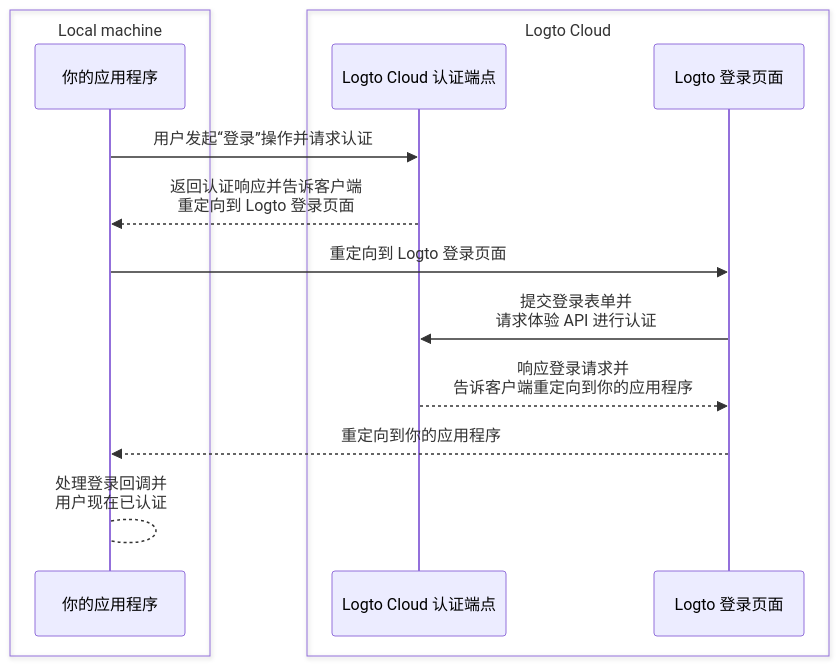
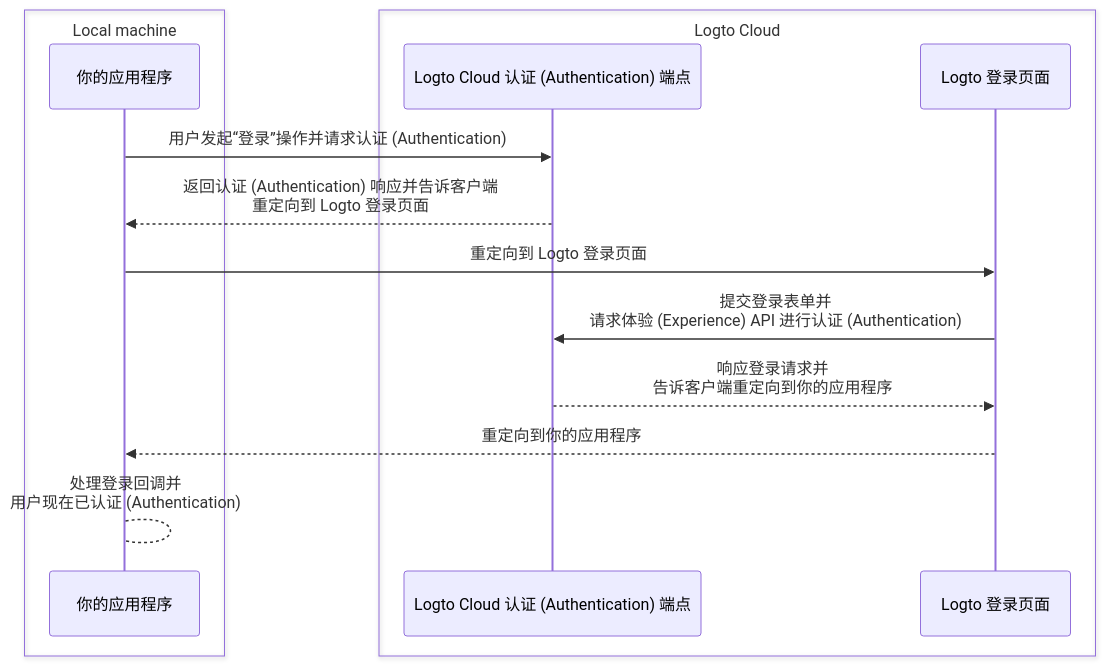
One commit to logto-io/docs changed the first of 2 diagrams in i18n/zh-CN/docusaurus-plugin-content-docs/current/customization/bring-your-ui/debug-and-test-your-custom-ui-locally.mdx. Above: the diagram before and after it, drawn with Mermaid. The commit also changed other lines of this file and 428 other files, not shown here.

````diff
--- a/i18n/zh-CN/docusaurus-plugin-content-docs/current/customization/bring-your-ui/debug-and-test-your-custom-ui-locally.mdx
+++ b/i18n/zh-CN/docusaurus-plugin-content-docs/current/customization/bring-your-ui/debug-and-test-your-custom-ui-locally.mdx
@@ -18,17 +18,17 @@
 ```mermaid
 sequenceDiagram
     box Local machine
     participant A as 你的应用程序
     end
     box Logto Cloud
-    participant B as Logto Cloud 认证端点
+    participant B as Logto Cloud 认证 (Authentication) 端点
     participant C as Logto 登录页面
     end
-    A ->> B: 用户发起“登录”操作并请求认证
-    B -->> A: 返回认证响应并告诉客户端<br/>重定向到 Logto 登录页面
+    A ->> B: 用户发起“登录”操作并请求认证 (Authentication)
+    B -->> A: 返回认证 (Authentication) 响应并告诉客户端<br/>重定向到 Logto 登录页面
     A ->> C: 重定向到 Logto 登录页面
-    C ->> B: 提交登录表单并<br/>请求体验 API 进行认证
+    C ->> B: 提交登录表单并<br/>请求体验 (Experience) API 进行认证 (Authentication)
     B -->> C: 响应登录请求并<br/>告诉客户端重定向到你的应用程序
     C -->> A: 重定向到你的应用程序
-    A --> A: 处理登录回调并<br/>用户现在已认证
+    A --> A: 处理登录回调并<br/>用户现在已认证 (Authentication)
 ```
````
